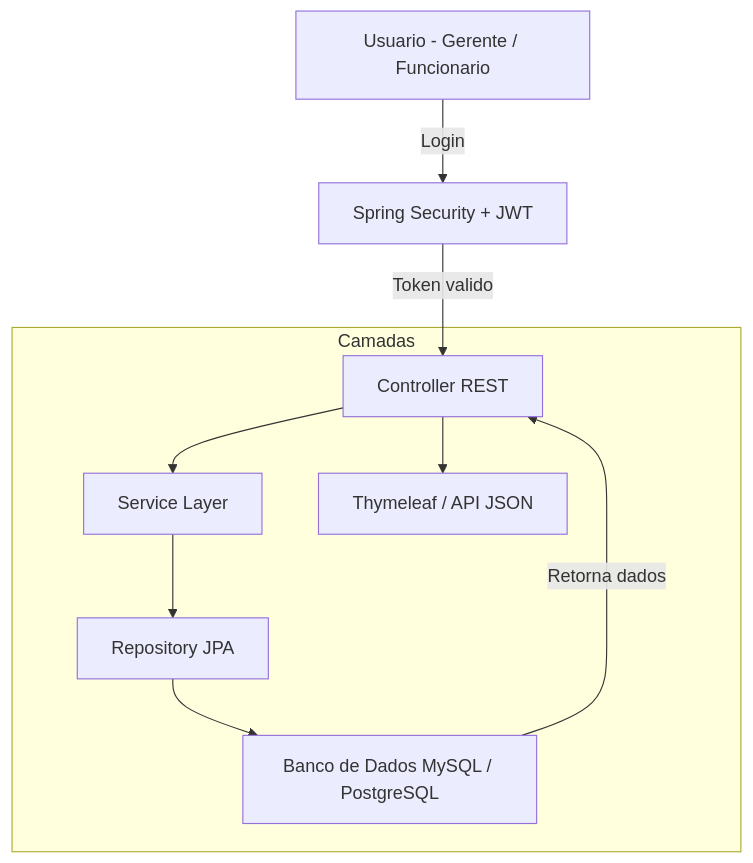
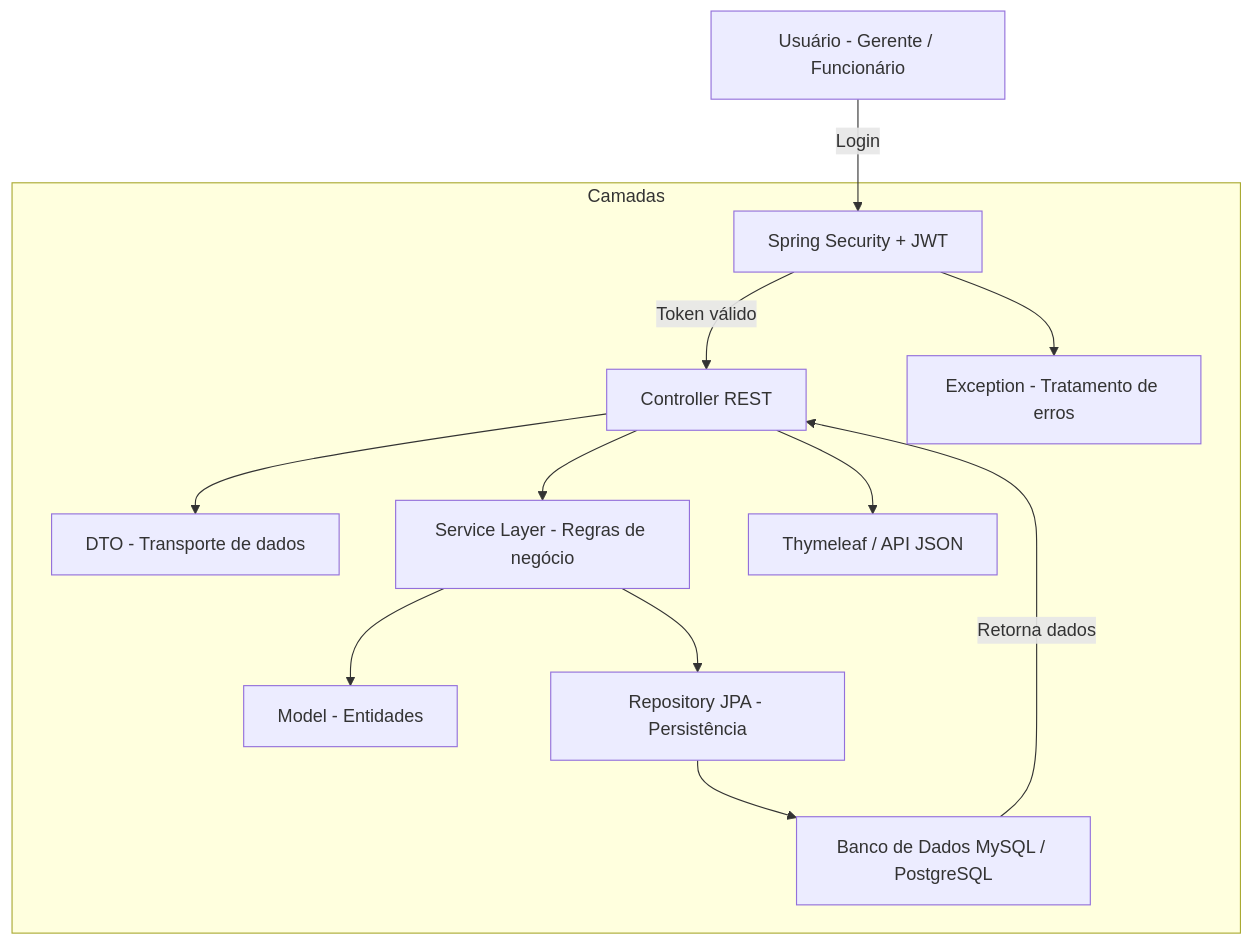
One commit to giovannarevitoroz/Sprint03-Mottu-Motion-Java-Adavanced changed the third of 4 diagrams in README.md. Above: the diagram before and after it, drawn with Mermaid. The commit also changed other lines of this file, not shown here.

````diff
--- a/README.md
+++ b/README.md
@@ -226,14 +226,17 @@
 ```mermaid
 flowchart TD
-    Usuario["Usuario - Gerente / Funcionario"] -->|Login| Security["Spring Security + JWT"]
-    Security -->|Token valido| Controller["Controller REST"]
+    Usuario["Usuário - Gerente / Funcionário"] -->|Login| Security["Spring Security + JWT"]
+    Security -->|Token válido| Controller["Controller REST"]
     
     subgraph Camadas
-        Controller --> Service["Service Layer"]
-        Service --> Repository["Repository JPA"]
+        Controller --> DTO["DTO - Transporte de dados"]
+        Controller --> Service["Service Layer - Regras de negócio"]
+        Service --> Model["Model - Entidades"]
+        Service --> Repository["Repository JPA - Persistência"]
         Repository --> Database["Banco de Dados MySQL / PostgreSQL"]
         Controller --> View["Thymeleaf / API JSON"]
+        Security --> Exception["Exception - Tratamento de erros"]
     end
 
     Database -->|Retorna dados| Controller
 ```
````
